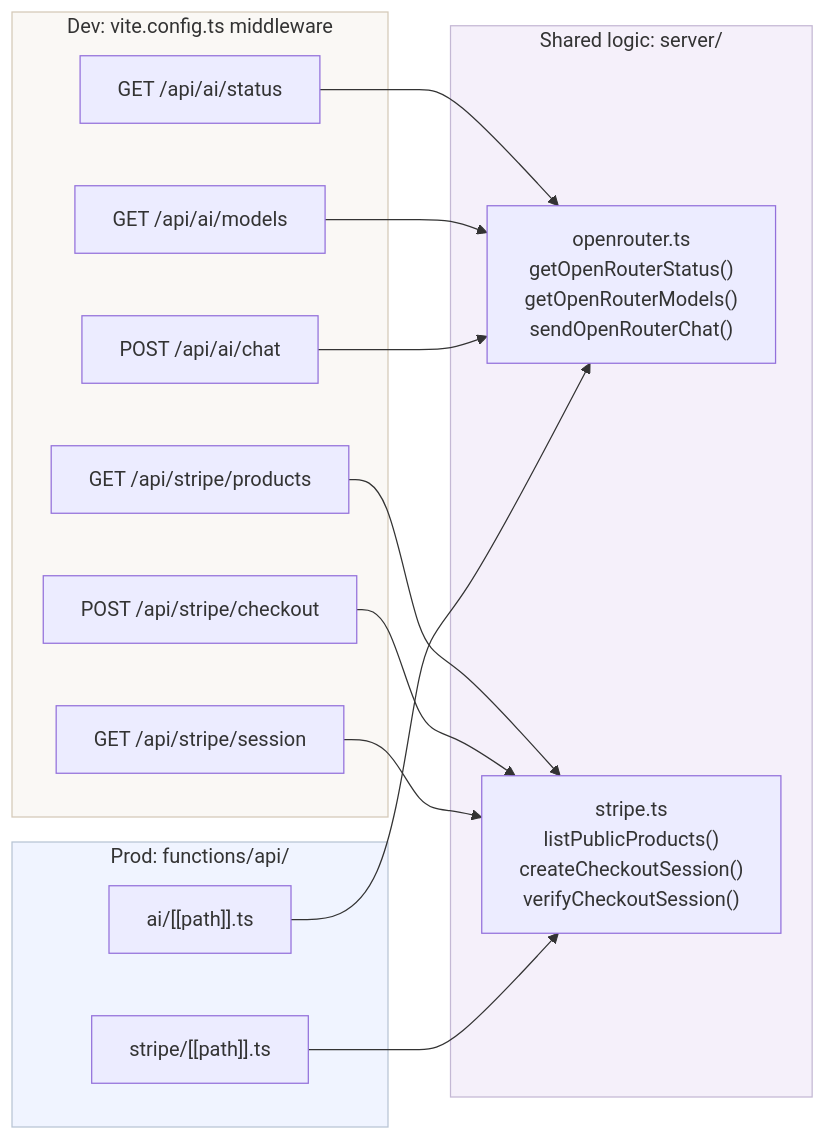
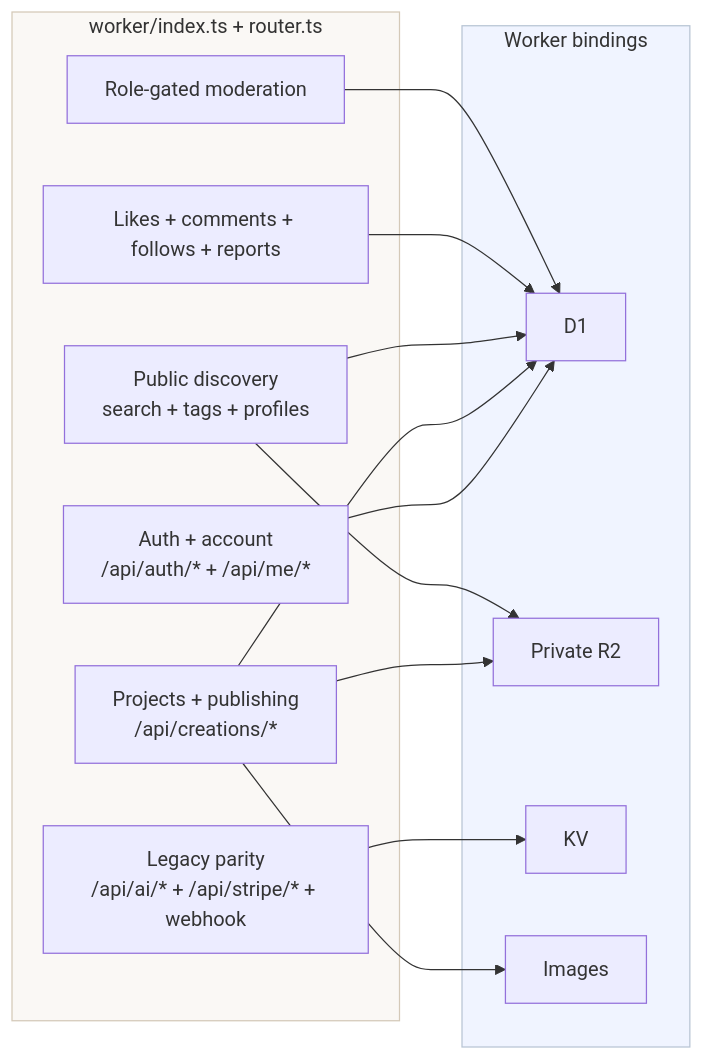
Before and after one commit to RazonIn4K/Mii-pixelart: the tenth of 12 diagrams in living-the-grid-studio/docs/architecture.md, drawn with Mermaid. The commit also changed other lines of this file and 46 other files, not shown here.

````diff
--- a/living-the-grid-studio/docs/architecture.md
+++ b/living-the-grid-studio/docs/architecture.md
@@ -465,30 +480,26 @@
 ```mermaid
 graph LR
-    subgraph Dev["Dev: vite.config.ts middleware"]
-        D1["GET /api/ai/status"]
-        D2["GET /api/ai/models"]
-        D3["POST /api/ai/chat"]
-        D4["GET /api/stripe/products"]
-        D5["POST /api/stripe/checkout"]
-        D6["GET /api/stripe/session"]
+    subgraph Runtime["worker/index.ts + router.ts"]
+        Legacy["Legacy parity<br/>/api/ai/* + /api/stripe/* + webhook"]
+        Auth["Auth + account<br/>/api/auth/* + /api/me/*"]
+        Creations["Projects + publishing<br/>/api/creations/*"]
+        Discovery["Public discovery<br/>search + tags + profiles"]
+        Social["Likes + comments + follows + reports"]
+        Moderation["Role-gated moderation"]
     end
 
-    subgraph Edge["Prod: functions/api/"]
-        E1["ai/[[path]].ts"]
-        E2["stripe/[[path]].ts"]
+    subgraph Bindings["Worker bindings"]
+        DB["D1"]
+        Objects["Private R2"]
+        Cache["KV"]
+        Images["Images"]
     end
 
-    subgraph Shared["Shared logic: server/"]
-        OR["openrouter.ts\ngetOpenRouterStatus()\ngetOpenRouterModels()\nsendOpenRouterChat()"]
-        ST["stripe.ts\nlistPublicProducts()\ncreateCheckoutSession()\nverifyCheckoutSession()"]
-    end
+    Legacy --> Cache
+    Auth & Creations & Discovery & Social & Moderation --> DB
+    Creations & Discovery --> Objects
+    Creations --> Images
 
-    D1 & D2 & D3 --> OR
-    D4 & D5 & D6 --> ST
-    E1 --> OR
-    E2 --> ST
-
-    style Dev fill:#faf8f5,stroke:#d4c9b8
-    style Edge fill:#f0f4ff,stroke:#b8c4d4
-    style Shared fill:#f5f0fa,stroke:#c4b8d4
+    style Runtime fill:#faf8f5,stroke:#d4c9b8
+    style Bindings fill:#f0f4ff,stroke:#b8c4d4
 ```
````
